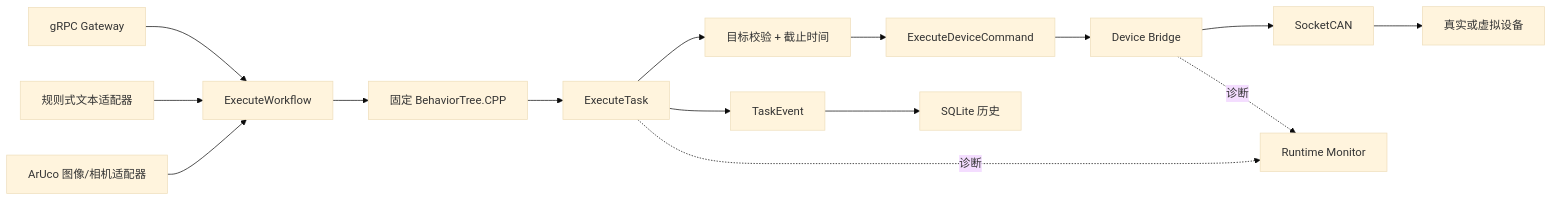
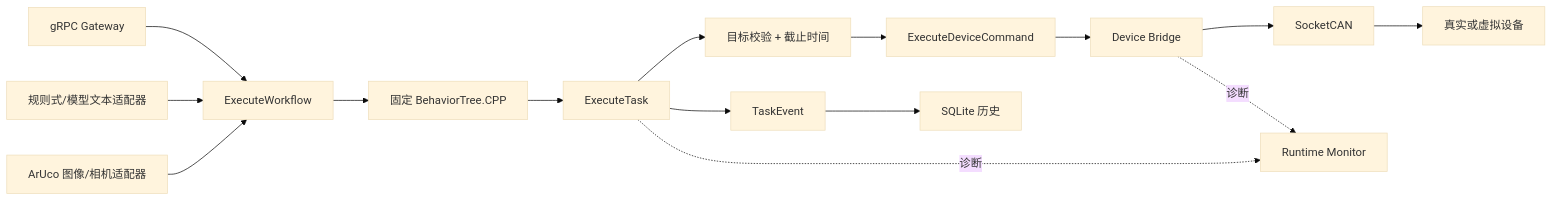
One commit to Quchaosheng/embodied-agent-runtime changed the diagram in README.zh-CN.md. Above: the diagram before and after it, drawn with Mermaid (base theme). The commit also changed other lines of this file and 8 other files, not shown here.

````diff
--- a/README.zh-CN.md
+++ b/README.zh-CN.md
@@ -19,17 +19,17 @@
 ```mermaid
 flowchart LR
     G["gRPC Gateway"] --> W["ExecuteWorkflow"]
-    A["规则式文本适配器"] --> W
+    A["规则式/模型文本适配器"] --> W
     P["ArUco 图像/相机适配器"] --> W
     W --> B["固定 BehaviorTree.CPP"]
     B --> T["ExecuteTask"]
     T --> V["目标校验 + 截止时间"]
     V --> D["ExecuteDeviceCommand"]
     D --> R["Device Bridge"]
     R --> C["SocketCAN"]
     C --> E["真实或虚拟设备"]
     T --> X["TaskEvent"]
     X --> H["SQLite 历史"]
     R -. 诊断 .-> M["Runtime Monitor"]
     T -. 诊断 .-> M
 ```
````
